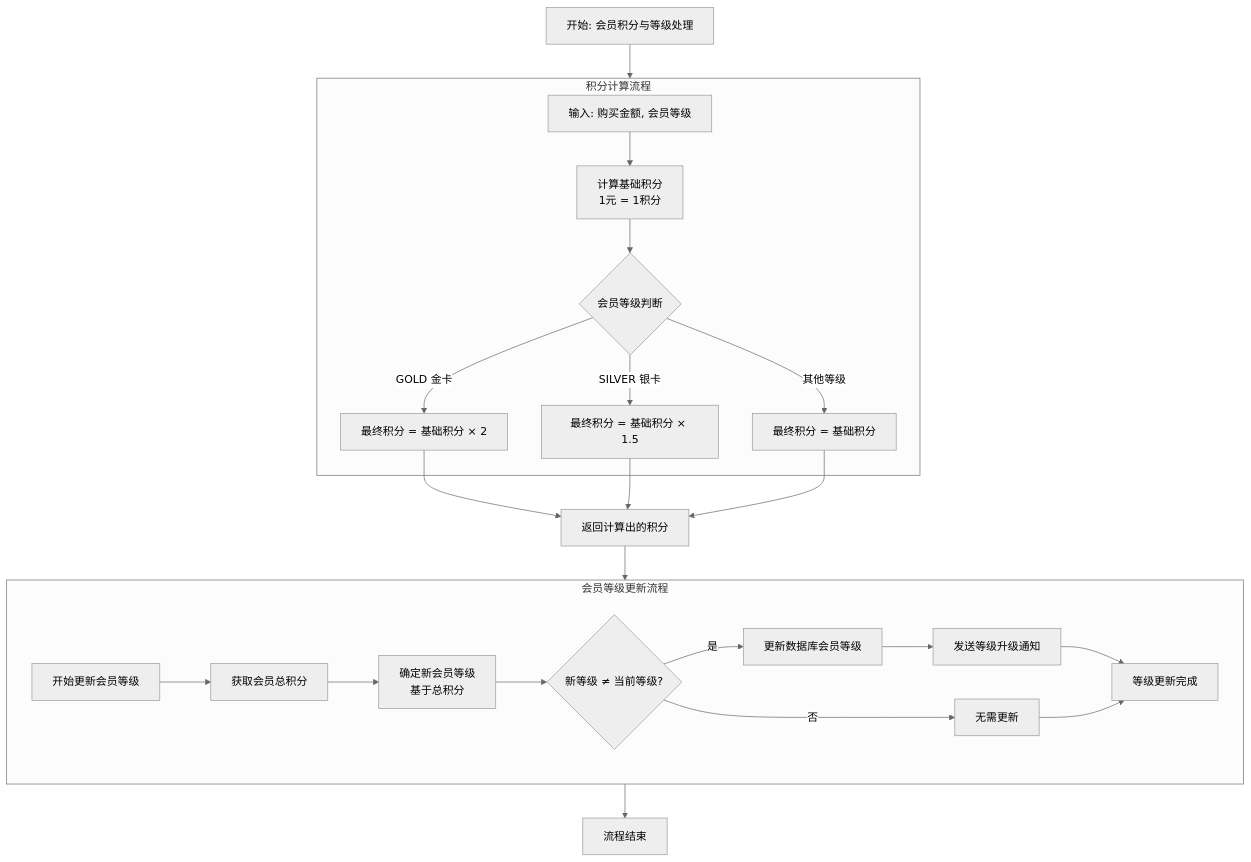
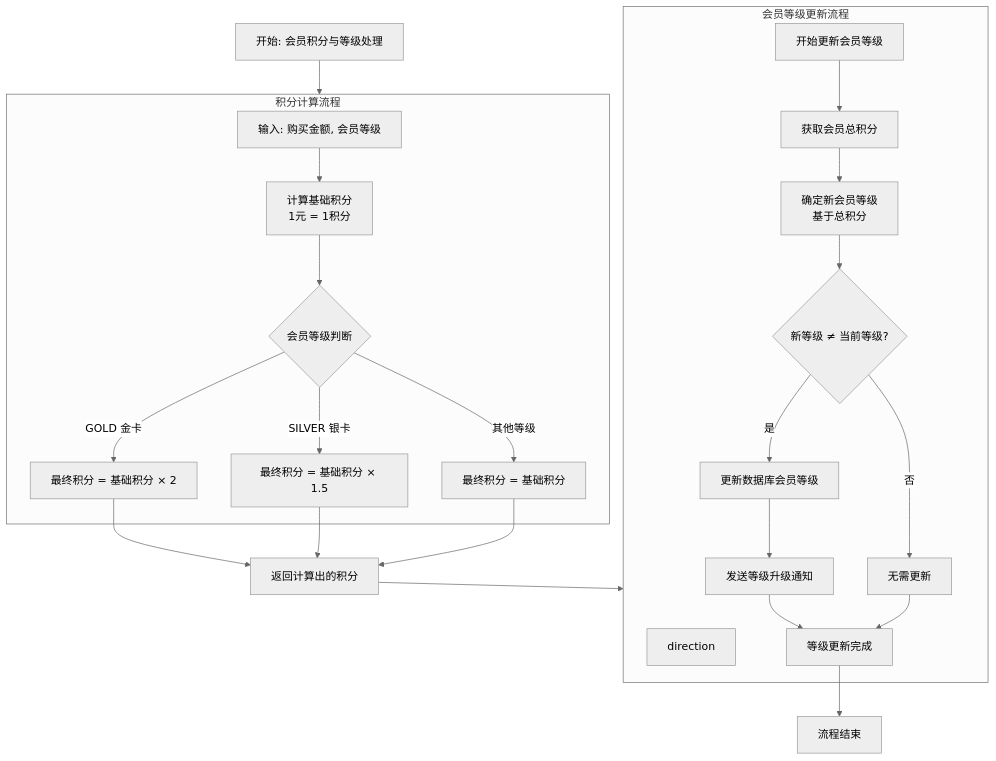
One commit to HelloMe66/iodraw-files changed the diagram in all/未命名-4.md. Above: the diagram before and after it, drawn with Mermaid (neutral theme).

Commit message:
2025-12-05 14:36:57 update

````diff
--- a/all/未命名-4.md
+++ b/all/未命名-4.md
@@ -1,35 +1,35 @@
 ```mermaid
 flowchart TD
     A[开始: 会员积分与等级处理] --> B
     
     subgraph B [积分计算流程]
         B1[输入: 购买金额, 会员等级] --> B2[计算基础积分<br>1元 = 1积分]
         B2 --> B3{会员等级判断}
         
         B3 -->|GOLD 金卡| B4[最终积分 = 基础积分 × 2]
         B3 -->|SILVER 银卡| B5[最终积分 = 基础积分 × 1.5]
         B3 -->|其他等级| B6[最终积分 = 基础积分]
     end
     
     B4 --> C
     B5 --> C
     B6 --> C
     
     C[返回计算出的积分] --> D
     
     subgraph D [会员等级更新流程]
-        direction LR
+        direction
         D1[开始更新会员等级] --> D2[获取会员总积分]
         D2 --> D3[确定新会员等级<br>基于总积分]
         D3 --> D4{新等级 ≠ 当前等级?}
         
         D4 -->|是| D5[更新数据库会员等级]
         D5 --> D6[发送等级升级通知]
         D6 --> D7[等级更新完成]
         
         D4 -->|否| D8[无需更新]
         D8 --> D7
     end
     
     D7 --> E[流程结束]
 ```
````
